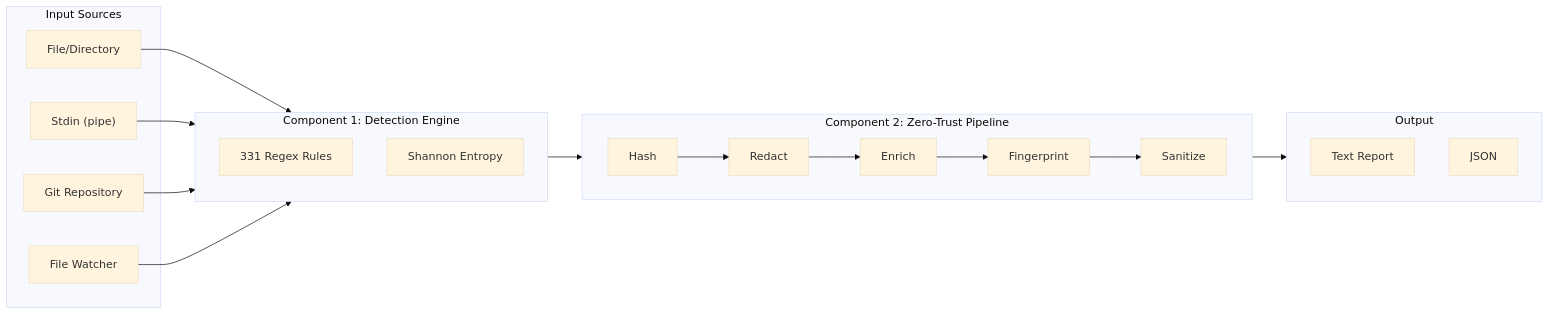
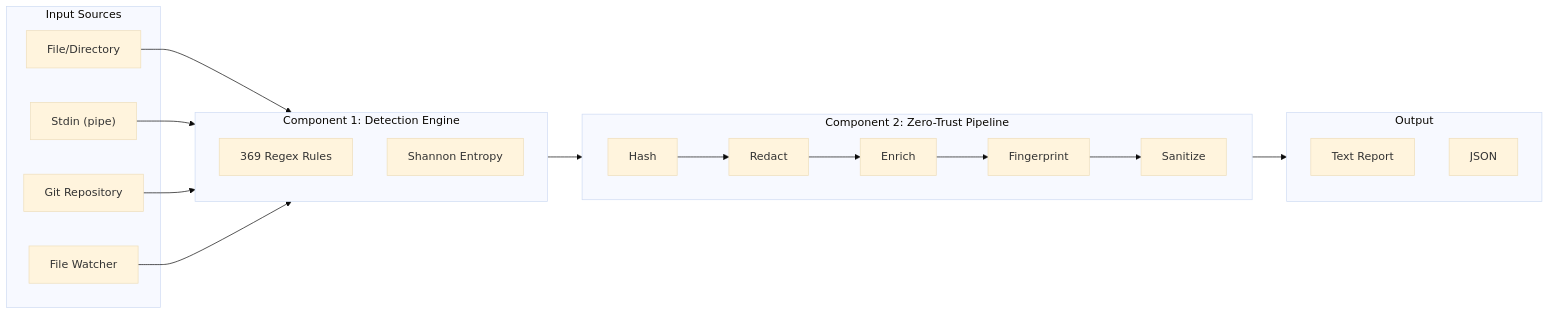
The first of 32 diagrams in docs/training/100_commands_summary.md (svemulapati/CredVigil), drawn with Mermaid (base theme) before and after one commit. The commit also changed other lines of this file and 20 other files, not shown here.

````diff
--- a/docs/training/100_commands_summary.md
+++ b/docs/training/100_commands_summary.md
@@ -98,31 +98,31 @@
 ```mermaid
 flowchart LR
     subgraph INPUT["Input Sources"]
         F["File/Directory"]
         S["Stdin (pipe)"]
         G["Git Repository"]
         W["File Watcher"]
     end
 
     subgraph ENGINE["Component 1: Detection Engine"]
-        R["331 Regex Rules"]
+        R["369 Regex Rules"]
         E["Shannon Entropy"]
     end
 
     subgraph PIPELINE["Component 2: Zero-Trust Pipeline"]
         direction LR
         H["Hash"] --> RD["Redact"] --> EN["Enrich"] --> FP["Fingerprint"] --> SN["Sanitize"]
     end
 
     subgraph OUTPUT["Output"]
         TXT["Text Report"]
         JSON["JSON"]
     end
 
     F --> ENGINE
     S --> ENGINE
     G --> ENGINE
     W --> ENGINE
     ENGINE --> PIPELINE
     PIPELINE --> OUTPUT
 ```
````
